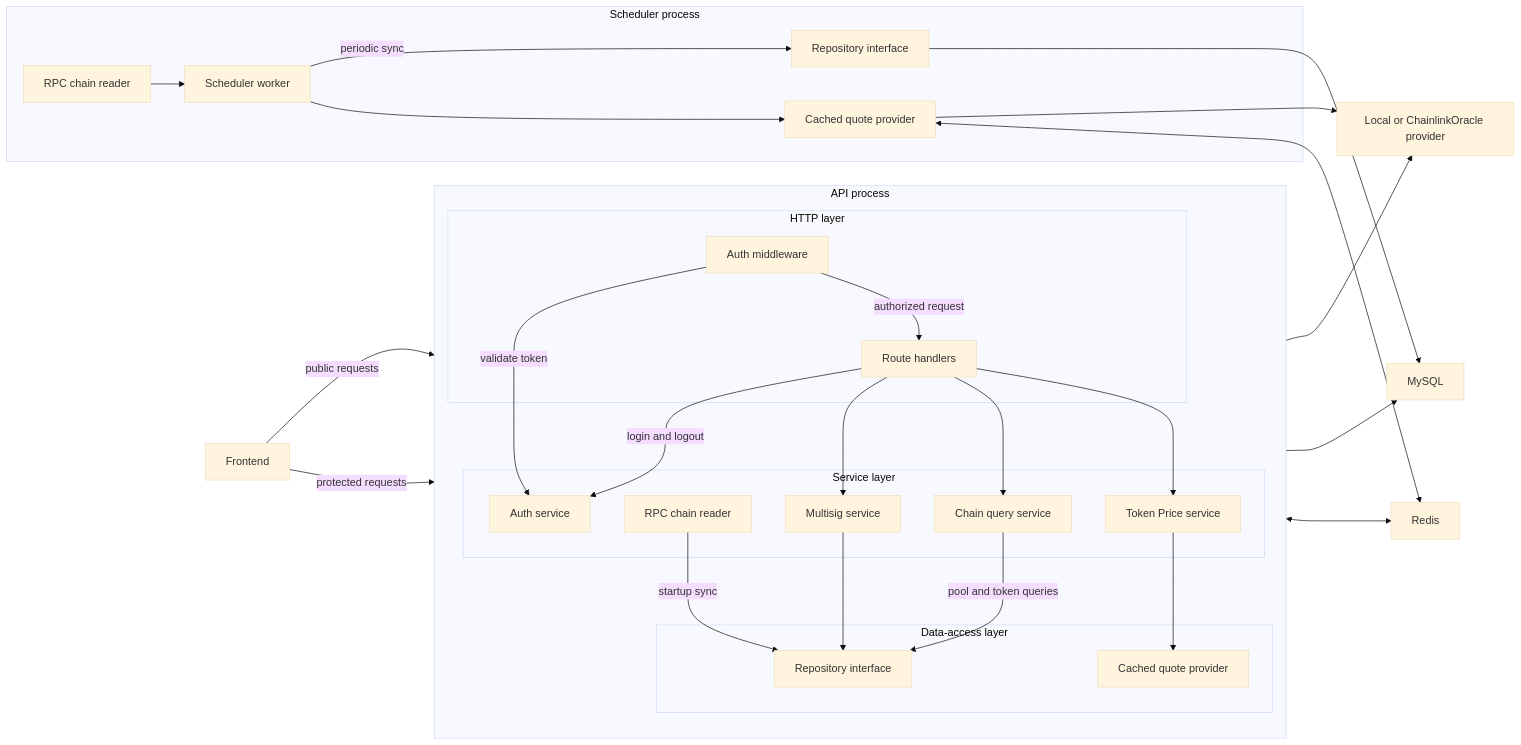
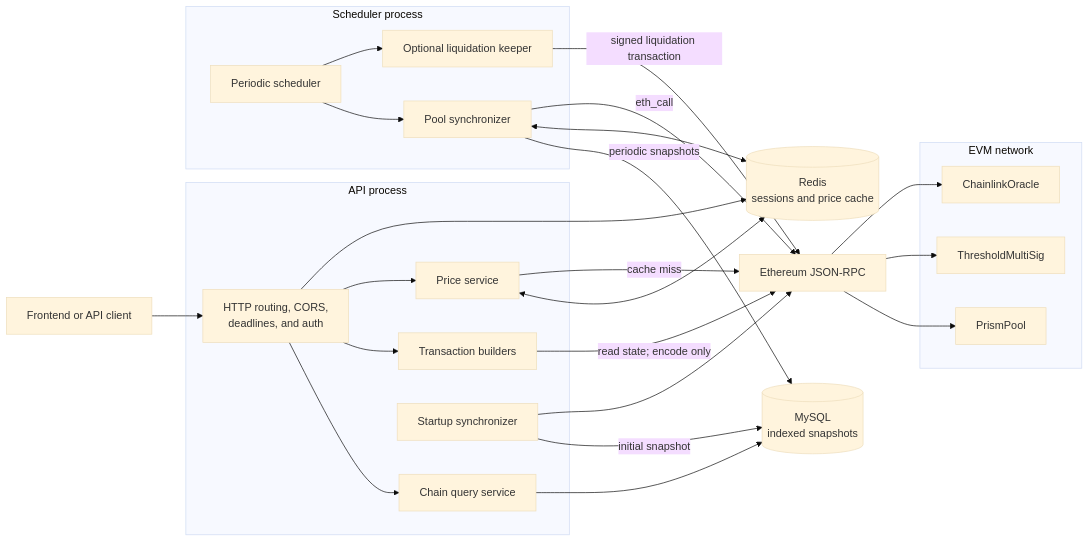
One commit to lancechuangdev/prism changed the diagram in backend/README.md. Above: the diagram before and after it, drawn with Mermaid (base theme). The commit also changed other lines of this file and 2 other files, not shown here.

````diff
--- a/backend/README.md
+++ b/backend/README.md
@@ -22,50 +19,49 @@
 ```mermaid
 flowchart LR
-  Client[Frontend] -->|public requests| Routes
-  Client -->|protected requests| AuthMiddleware
+  Browser[Frontend or API client]
 
   subgraph APIProcess[API process]
-    direction TB
-    subgraph HTTPAPI[HTTP layer]
-      AuthMiddleware[Auth middleware]
-      Routes[Route handlers]
-      AuthMiddleware -->|authorized request| Routes
-    end
-
-    subgraph APIServices[Service layer]
-      Auth[Auth service]
-      ChainService[Chain query service]
-      MultiSig[Multisig service]
-      PriceService[Token Price service]
-      RPCChainA[RPC chain reader]
-    end
-
-    subgraph APIData[Data-access layer]
-      APIRepo[Repository interface]
-      APICachedQuoteProvider[Cached quote provider]
-    end
-
-    Routes -->|login and logout| Auth
-    AuthMiddleware -->|validate token| Auth
-    Routes --> ChainService
-    Routes --> MultiSig
-    Routes --> PriceService
-    ChainService -->|pool and token queries| APIRepo
-    MultiSig --> APIRepo
-    PriceService --> APICachedQuoteProvider
-    RPCChainA[RPC chain reader] -->|startup sync| APIRepo
+    HTTP[HTTP routing, CORS,<br/>deadlines, and auth]
+    Queries[Chain query service]
+    Proposals[Transaction builders]
+    PriceAPI[Price service]
+    Startup[Startup synchronizer]
+    HTTP --> Queries
+    HTTP --> Proposals
+    HTTP --> PriceAPI
   end
 
   subgraph SchedulerProcess[Scheduler process]
-    Scheduler[Scheduler worker] -->|periodic sync| SchedulerRepo[Repository interface]
-    RPCChainS[RPC chain reader] --> Scheduler
-    Scheduler --> SchedulerCachedQuoteProvider[Cached quote provider]
+    Timer[Periodic scheduler]
+    Sync[Pool synchronizer]
+    Keeper[Optional liquidation keeper]
+    Timer --> Sync
+    Timer --> Keeper
   end
 
-  APICachedQuoteProvider --> QuoteProvider[Local or ChainlinkOracle provider]
-  SchedulerCachedQuoteProvider --> QuoteProvider
-  APIRepo --> MySQL
-  SchedulerRepo --> MySQL
-  APICachedQuoteProvider <--> Redis
-  SchedulerCachedQuoteProvider <--> Redis
+  MySQL[(MySQL<br/>indexed snapshots)]
+  Redis[(Redis<br/>sessions and price cache)]
+  RPC[Ethereum JSON-RPC]
+
+  subgraph Chain[EVM network]
+    Pool[PrismPool]
+    Multisig[ThresholdMultiSig]
+    Oracle[ChainlinkOracle]
+  end
+
+  Browser --> HTTP
+  Queries --> MySQL
+  Startup -->|initial snapshot| MySQL
+  Sync -->|periodic snapshots| MySQL
+  HTTP --> Redis
+  PriceAPI <--> Redis
+  Sync <--> Redis
+  Startup --> RPC
+  Proposals -->|read state; encode only| RPC
+  Sync -->|eth_call| RPC
+  Keeper -->|signed liquidation transaction| RPC
+  PriceAPI -->|cache miss| RPC
+  RPC --> Pool
+  RPC --> Multisig
+  RPC --> Oracle
 ```
````
